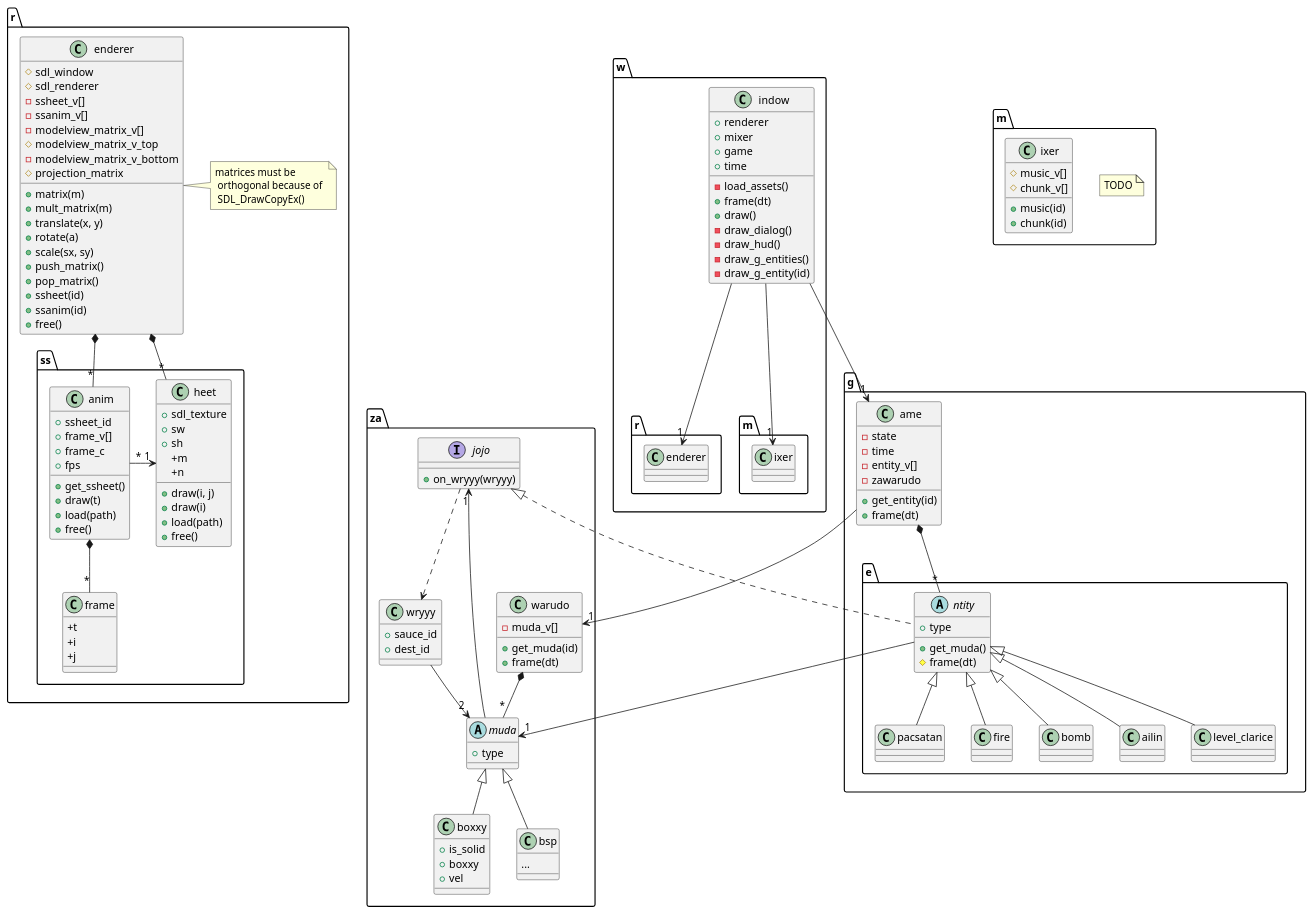
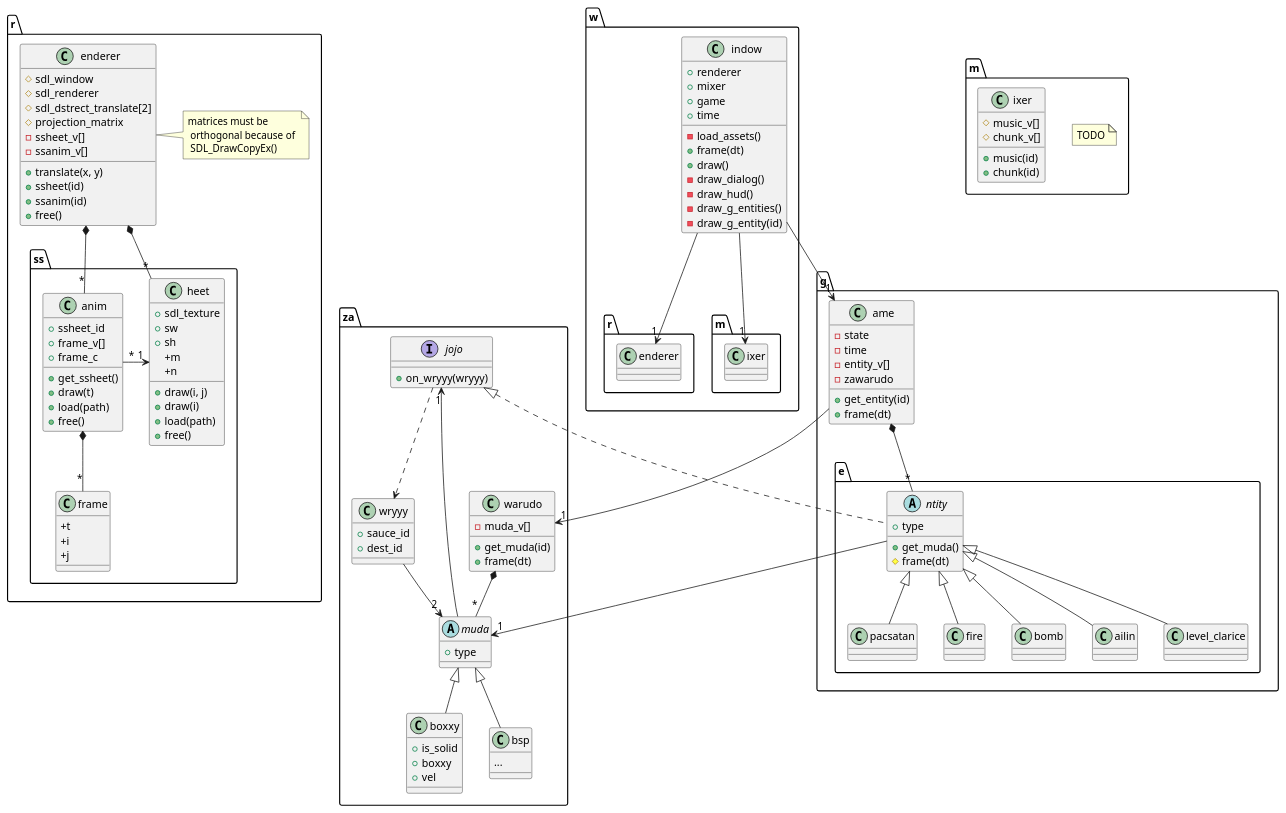
One commit to skylittlesystem/blank_game changed the diagram in doc/classes.plantuml. Above: the diagram before and after it, drawn with PlantUML. The commit also changed 33 other files, not shown here.

```diff
--- a/doc/classes.plantuml
+++ b/doc/classes.plantuml
@@ -1,171 +1,162 @@
 @startuml
 
 namespace za {
 	interface jojo {
 		+on_wryyy(wryyy)
 	}
 
 	jojo ..> wryyy
 
 	abstract class muda {
 		+type
 	}
 
 	muda --> "1" jojo
 
 	class boxxy {
 		+is_solid
 		+boxxy
 		+vel
 	}
 
 	muda <|-- boxxy
 
 	class bsp {
 		...
 	}
 
 	muda <|-- bsp
 
 	class wryyy {
 		+sauce_id
 		+dest_id
 	}
 
 	wryyy --> "2" muda
 
 	class warudo {
 		-muda_v[]
 		+get_muda(id)
 		+frame(dt)
 	}
 
 	warudo *-- "*" muda
 }
 
 namespace g {
 	namespace e {
 		abstract class ntity {
 			+type
 			+get_muda()
 			#frame(dt)
 		}
 
 		za.jojo <|.. ntity
 		ntity --> "1" za.muda
 
 		ntity <|-- ailin
 		ntity <|-- level_clarice
 		ntity <|-- pacsatan
 		ntity <|-- fire
 		ntity <|-- bomb
 	}
 
 
 	class ame {
 		-state
 		-time
 		-entity_v[]
 		-zawarudo
 		+get_entity(id)
 		+frame(dt)
 	}
 
 	ame --> "1" za.warudo
 	ame *-- "*" g.e.ntity
 }
 
 namespace w {
 	class indow {
 		+renderer
 		+mixer
 		+game
 		+time
 		-load_assets()
 		+frame(dt)
 		+draw()
 		-draw_dialog()
 		-draw_hud()
 		-draw_g_entities()
 		-draw_g_entity(id)
 	}
 
 	indow --> "1" r.enderer
 	indow --> "1" m.ixer
 	indow --> "1" g.ame
 }
 
 namespace r {
 	namespace ss {
 		class heet {
 			+sdl_texture
 			+sw
 			+sh
 			+m
 			+n
 			+draw(i, j)
 			+draw(i)
 			+load(path)
 			+free()
 		}
 
 		class frame {
 			+t
 			+i
 			+j
 		}
 
 		class anim {
 			+ssheet_id
 			+frame_v[]
 			+frame_c
-			+fps
 			+get_ssheet()
 			+draw(t)
 			+load(path)
 			+free()
 		}
 
 		anim *-- "*" frame
 		anim "*" -> "1" heet
 	}
 
 	class enderer {
 		#sdl_window
 		#sdl_renderer
+		#sdl_dstrect_translate[2]
+		#projection_matrix
 		-ssheet_v[]
 		-ssanim_v[]
-		-modelview_matrix_v[]
-		#modelview_matrix_v_top
-		-modelview_matrix_v_bottom
-		#projection_matrix
-		+matrix(m)
-		+mult_matrix(m)
 		+translate(x, y)
-		+rotate(a)
-		+scale(sx, sy)
-		+push_matrix()
-		+pop_matrix()
 		+ssheet(id)
 		+ssanim(id)
 		+free()
 	}
 
 	note right: matrices must be \n orthogonal because of \n SDL_DrawCopyEx()
 
 	enderer *-- "*" r.ss.heet
 	enderer *-- "*" r.ss.anim
 }
 
 namespace m {
 	note "TODO" as TODONOTE
 
 	class ixer {
 		#music_v[]
 		#chunk_v[]
 		+music(id)
 		+chunk(id)
 	}
 }
 
 @enduml
```
